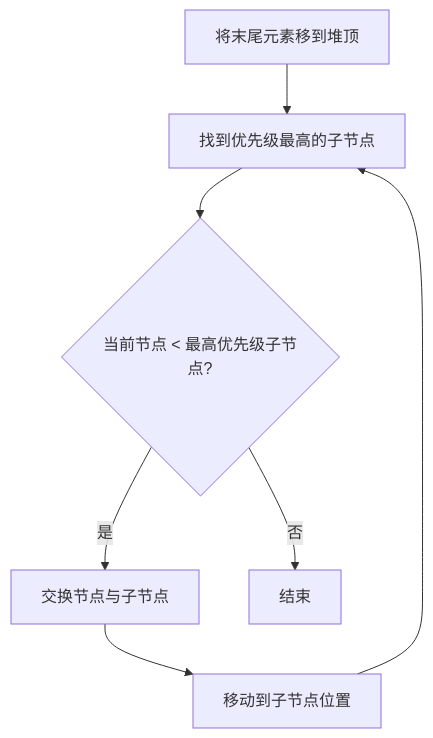
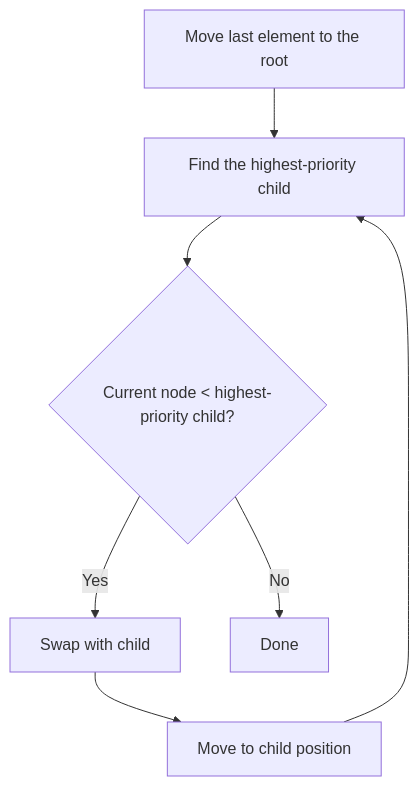
One commit to anjuxi/C-heap changed the second of 2 diagrams in README.md. Above: the diagram before and after it, drawn with Mermaid. The commit also changed other lines of this file, not shown here.

````diff
--- a/README.md
+++ b/README.md
@@ -128,10 +130,10 @@
 ```mermaid
 flowchart TD
-    A[将末尾元素移到堆顶] --> B[找到优先级最高的子节点]
-    C{当前节点 < 最高优先级子节点?}
-    C -->|是| D[交换节点与子节点]
-    D --> E[移动到子节点位置]
+    A[Move last element to the root] --> B[Find the highest-priority child]
+    C{Current node < highest-priority child?}
+    C -->|Yes| D[Swap with child]
+    D --> E[Move to child position]
     E --> B
-    C -->|否| F[结束]
+    C -->|No| F[Done]
     B --> C
 ```
````
